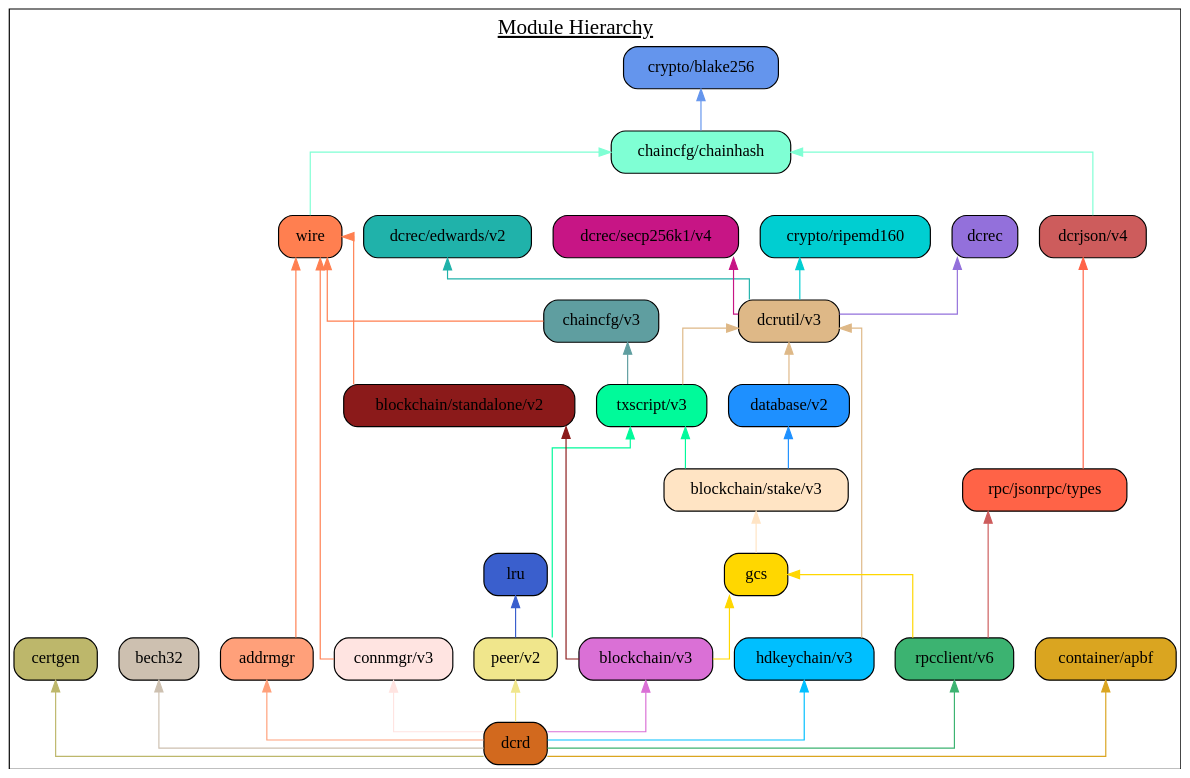
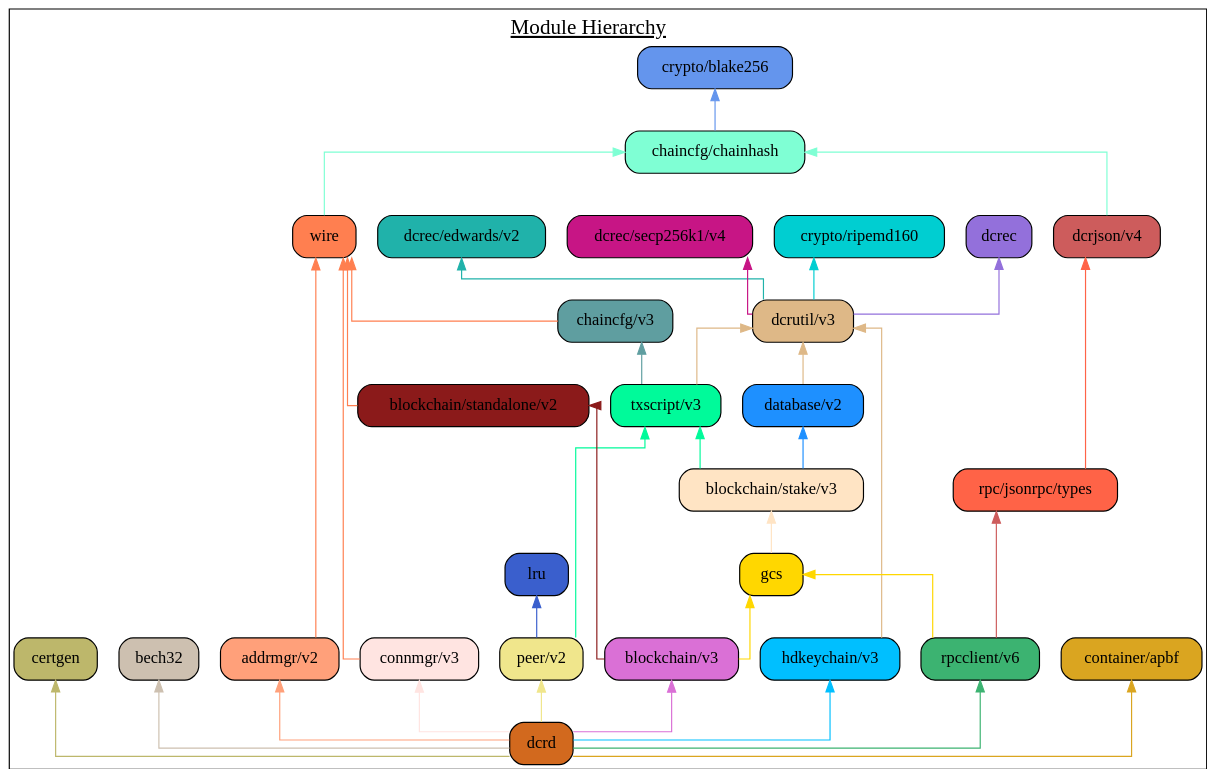
Before and after one commit to decred/dcrd: the diagram in docs/assets/module_hierarchy.gv, drawn with Graphviz. The commit also changed 2 other files, not shown here.

Commit message:
docs: Update for addrmgr v2 module.
This updates the docs/README.md file, module hierarchy graphviz, and
module hierarchy diagram to reflect the new module version.

```diff
--- a/docs/assets/module_hierarchy.gv
+++ b/docs/assets/module_hierarchy.gv
@@ -1,73 +1,73 @@
 digraph {
 	graph [splines=ortho colorscheme=svg label=<<u>Module Hierarchy</u>> labelloc=t fontsize=18.0]
 	node [shape=box style="filled, rounded"]
 
 	blake256 [label="crypto/blake256" fillcolor=cornflowerblue]
 	ripemd160 [label="crypto/ripemd160" fillcolor=darkturquoise]
 	certgen [label="certgen" fillcolor=darkkhaki]
 	bech32 [label="bech32" fillcolor=antiquewhite3]
 	chainhash [label="chaincfg/chainhash" fillcolor=aquamarine]
 	dcrjson [label="dcrjson/v4" fillcolor=indianred]
 	types [label="rpc/jsonrpc/types" fillcolor=tomato]
 	wire [label="wire" fillcolor=coral]
-	addrmgr [label="addrmgr" fillcolor=lightsalmon]
+	addrmgr [label="addrmgr/v2" fillcolor=lightsalmon]
 	chaincfg [label="chaincfg/v3" fillcolor=cadetblue]
 	connmgr [label="connmgr/v3" fillcolor=mistyrose]
 	dcrec [label="dcrec" fillcolor=mediumpurple]
 	edwards [label="dcrec/edwards/v2" fillcolor=lightseagreen]
 	secp256k1 [label="dcrec/secp256k1/v4" fillcolor=mediumvioletred]
 	dcrutil [label="dcrutil/v3" fillcolor=burlywood]
 	database [label="database/v2" fillcolor=dodgerblue]
 	hdkeychain [label="hdkeychain/v3" fillcolor=deepskyblue]
 	txscript [label="txscript/v3" fillcolor=mediumspringgreen]
 	stake [label="blockchain/stake/v3" fillcolor=bisque]
 	standalone [label="blockchain/standalone/v2" fillcolor=firebrick4]
 	gcs [label="gcs" fillcolor=gold]
 	blockchain [label="blockchain/v3" fillcolor=orchid]
 	lru [label="lru" fillcolor=royalblue3]
 	peer [label="peer/v2" fillcolor=khaki]
 	rpcclient [label="rpcclient/v6" fillcolor=mediumseagreen]
 	apbf [label="container/apbf" fillcolor=goldenrod]
 	dcrd [label="dcrd" fillcolor=chocolate]
 
 	{rank=same connmgr addrmgr hdkeychain peer blockchain rpcclient}
 
 	certgen
 	bech32
 	blake256 -> chainhash [dir=back color=cornflowerblue]
 	chaincfg -> txscript [dir=back color=cadetblue]
 	chainhash -> dcrjson [dir=back color=aquamarine]
 	chainhash -> wire [dir=back color=aquamarine]
 	wire -> addrmgr [dir=back color=coral]
 	wire -> chaincfg [dir=back color=coral]
 	wire -> connmgr [dir=back color=coral]
 	wire -> standalone [dir=back color=coral]
 	ripemd160 -> dcrutil [dir=back color=darkturquoise]
 	dcrec -> dcrutil [dir=back color=mediumpurple]
 	edwards -> dcrutil [dir=back color=lightseagreen]
 	secp256k1 -> dcrutil [dir=back color=mediumvioletred]
 	dcrutil -> database [dir=back color=burlywood]
 	dcrutil -> hdkeychain [dir=back color=burlywood]
 	dcrutil -> txscript [dir=back color=burlywood]
 	database -> stake [dir=back color=dodgerblue]
 	txscript -> stake [dir=back color=mediumspringgreen]
 	txscript -> peer [dir=back color=mediumspringgreen]
 	stake -> gcs [dir=back color=bisque]
 	standalone -> blockchain [dir=back color=firebrick4]
 	gcs -> blockchain [dir=back color=gold]
 	gcs -> rpcclient [dir=back color=gold]
 
 	lru -> peer [dir=back color=royalblue3]
 	dcrjson -> types [dir=back color=tomato]
 	types -> rpcclient [dir=back color=indianred]
 
 	blockchain -> dcrd [dir=back color=orchid]
 	certgen -> dcrd [dir=back color=darkkhaki]
 	bech32 -> dcrd [dir=back color=antiquewhite3]
 	addrmgr -> dcrd [dir=back color=lightsalmon]
 	hdkeychain -> dcrd [dir=back color=deepskyblue]
 	connmgr -> dcrd [dir=back color=mistyrose]
 	rpcclient -> dcrd [dir=back color=mediumseagreen]
 	peer -> dcrd [dir=back color=khaki]
 	apbf -> dcrd [dir=back color=goldenrod]
 }
```
